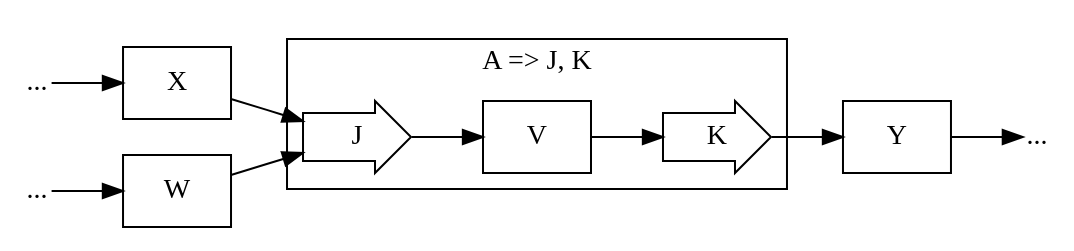
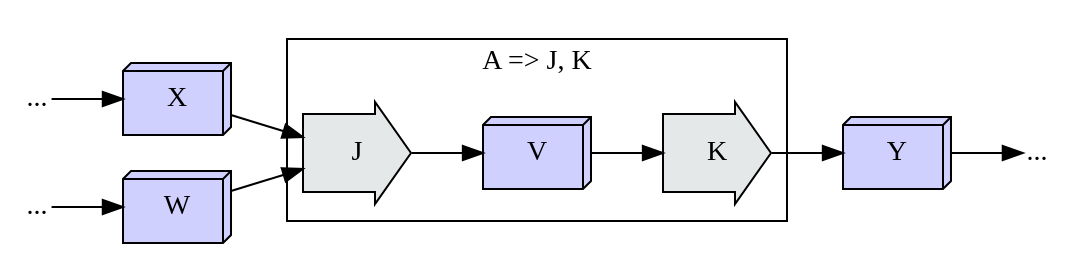
One commit to crutcher/crutcher.github.io-source changed diagram 36 of 55 in source/Tapestry/index.md. Above: the diagram before and after it, drawn with Graphviz. The commit also changed other lines of this file and 2 other files, not shown here.

````diff
--- a/source/Tapestry/index.md
+++ b/source/Tapestry/index.md
@@ -5513,23 +5568,28 @@
 ```graphviz
 digraph G {
   rankdir=LR;
-  W, X, Y [shape=box];
+  W, X, Y [shape=box3d, fillcolor="#d0d0ff", style=filled];
   
   subgraph cluster_0 {
     label="A => J, K";
-    V [shape=box];
-    J, K [shape=rarrow];
+    V [shape=box3d, fillcolor="#d0d0ff", style=filled];
+    J, K [
+      shape=rarrow,
+      margin=0.25,
+      style=filled,
+      fillcolor="#E5E8E8",
+    ];
     J -> V;
     V -> K;
   }
   
   G1, G2, G3 [label="...", shape=plain];
   G1 -> W;
   G2 -> X;
   Y -> G3;
   
   W -> J;
   X -> J;
   K -> Y;
 }
 ```
````
